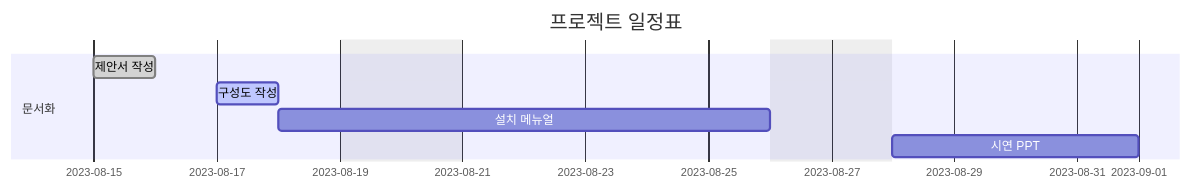
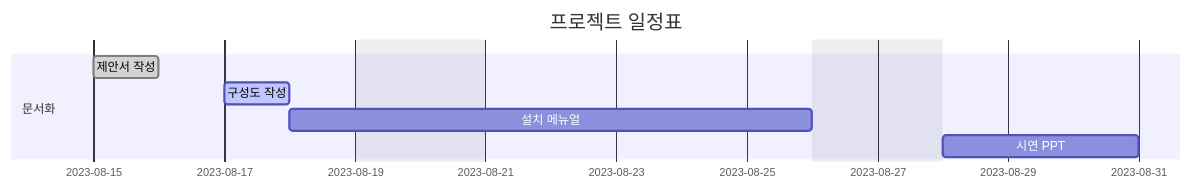
The diagram in README.md (LOFL404/project1), drawn with Mermaid before and after one commit.

````diff
--- a/README.md
+++ b/README.md
@@ -1,16 +1,16 @@
 ```mermaid
 gantt
     dateFormat  YYYY-MM-DD
     axisFormat  %Y-%m-%d
     title       프로젝트 일정표
     excludes    weekends saturday,sunday
     
     section 문서화
     제안서 작성     :done,    a, 2023-08-15, 1d
     구성도 작성     :active,  b, 2023-08-17, 1d
     설치 메뉴얼     :c, after b, 6d
-    시연 PPT        :after c, 4d
+    시연 PPT        :after c, 3d
 
     section 구현
     
 ```
````
